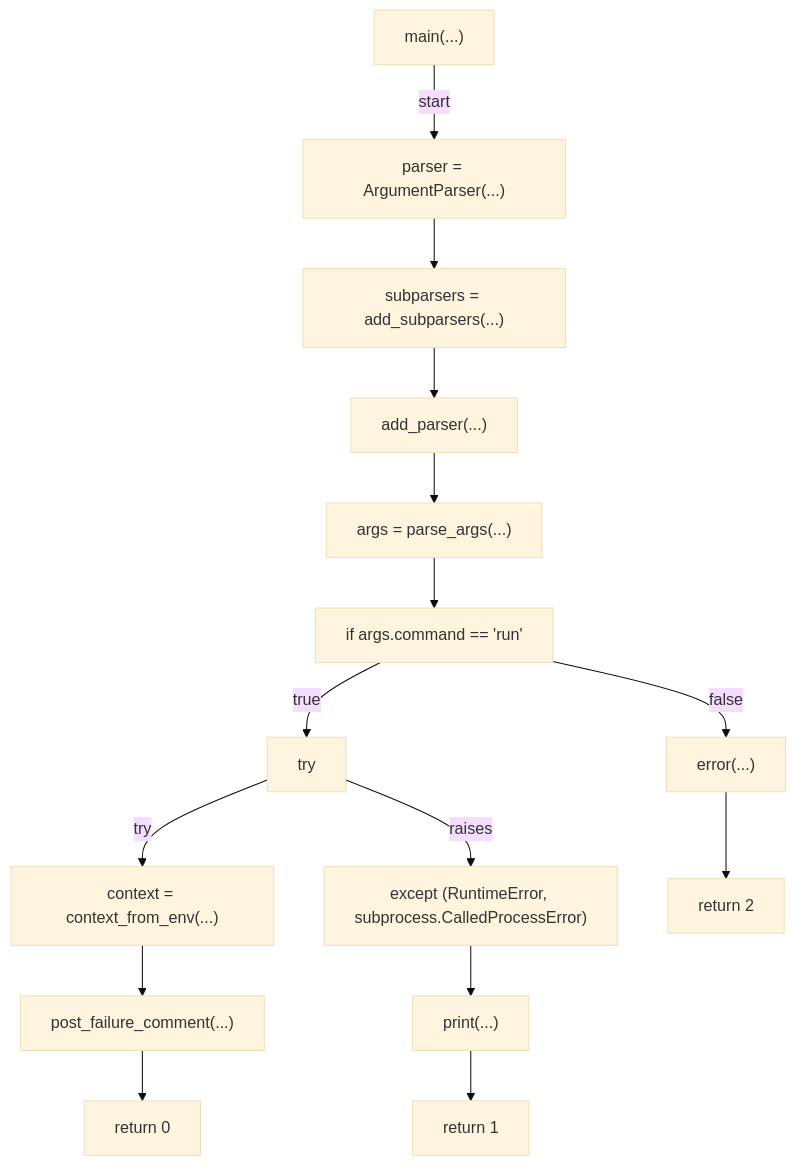
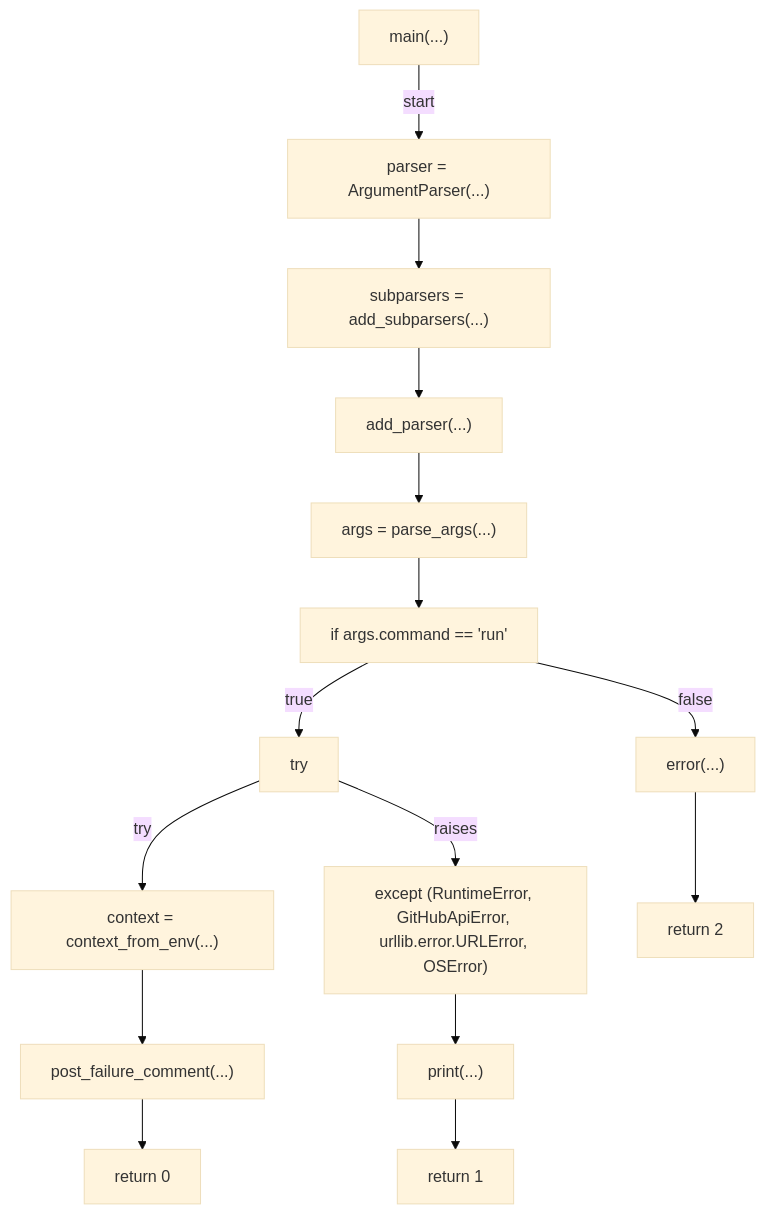
One commit to tvna/claude-md changed the fifth of 5 diagrams in docs/generated/scripts/ast/coverage_failure_issue.md. Above: the diagram before and after it, drawn with Mermaid (base theme). The commit also changed other lines of this file and 15 other files, not shown here.

First line of the commit message:
docs(generated): regenerate decision tree and workflow diagrams

````diff
--- a/docs/generated/scripts/ast/coverage_failure_issue.md
+++ b/docs/generated/scripts/ast/coverage_failure_issue.md
@@ -85,32 +74,32 @@
 ```mermaid
 flowchart TD
     N001["main(...)"]
     N002["parser = ArgumentParser(...)"]
     N003["subparsers = add_subparsers(...)"]
     N004["add_parser(...)"]
     N005["args = parse_args(...)"]
     N006["if args.command == 'run'"]
     N007["try"]
     N008["context = context_from_env(...)"]
     N009["post_failure_comment(...)"]
-    N010["except (RuntimeError, subprocess.CalledProcessError)"]
+    N010["except (RuntimeError, GitHubApiError, urllib.error.URLError, OSError)"]
     N011["print(...)"]
     N012["return 1"]
     N013["return 0"]
     N014["error(...)"]
     N015["return 2"]
     N001 -->|"start"| N002
     N002 --> N003
     N003 --> N004
     N004 --> N005
     N005 --> N006
     N006 -->|"true"| N007
     N007 -->|"try"| N008
     N008 --> N009
     N007 -->|"raises"| N010
     N010 --> N011
     N011 --> N012
     N009 --> N013
     N006 -->|"false"| N014
     N014 --> N015
 ```
````
